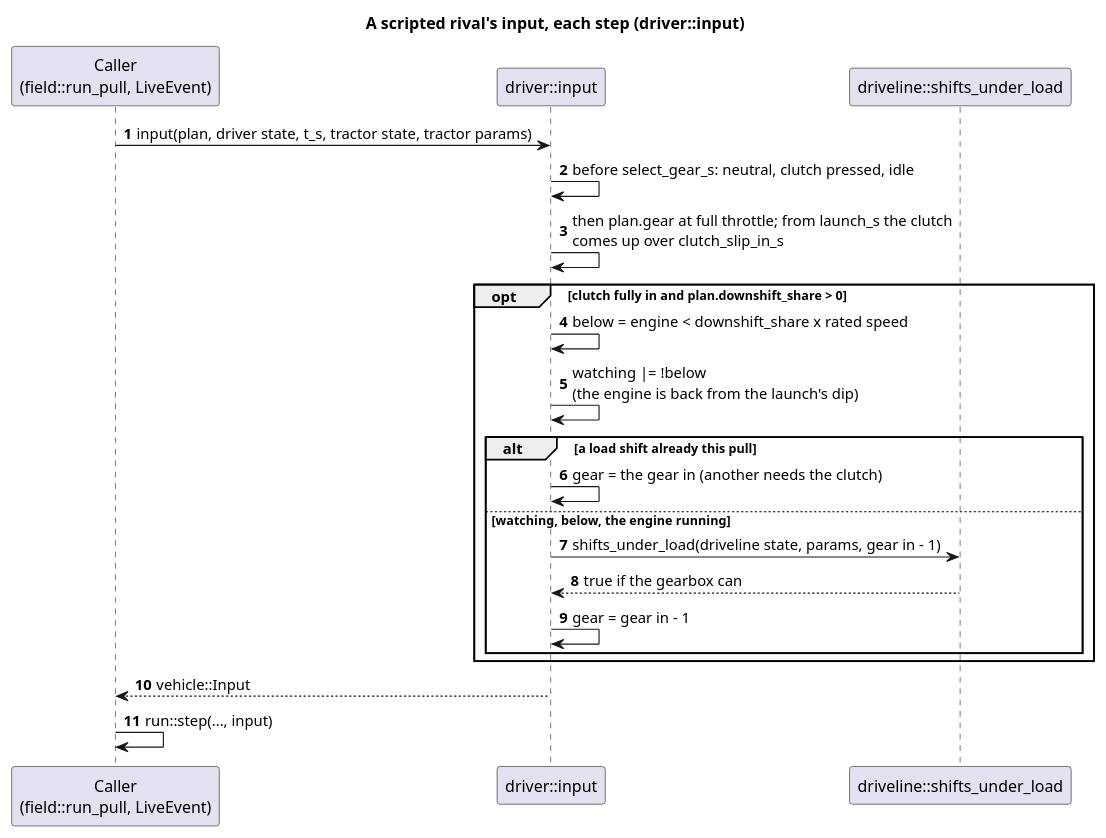
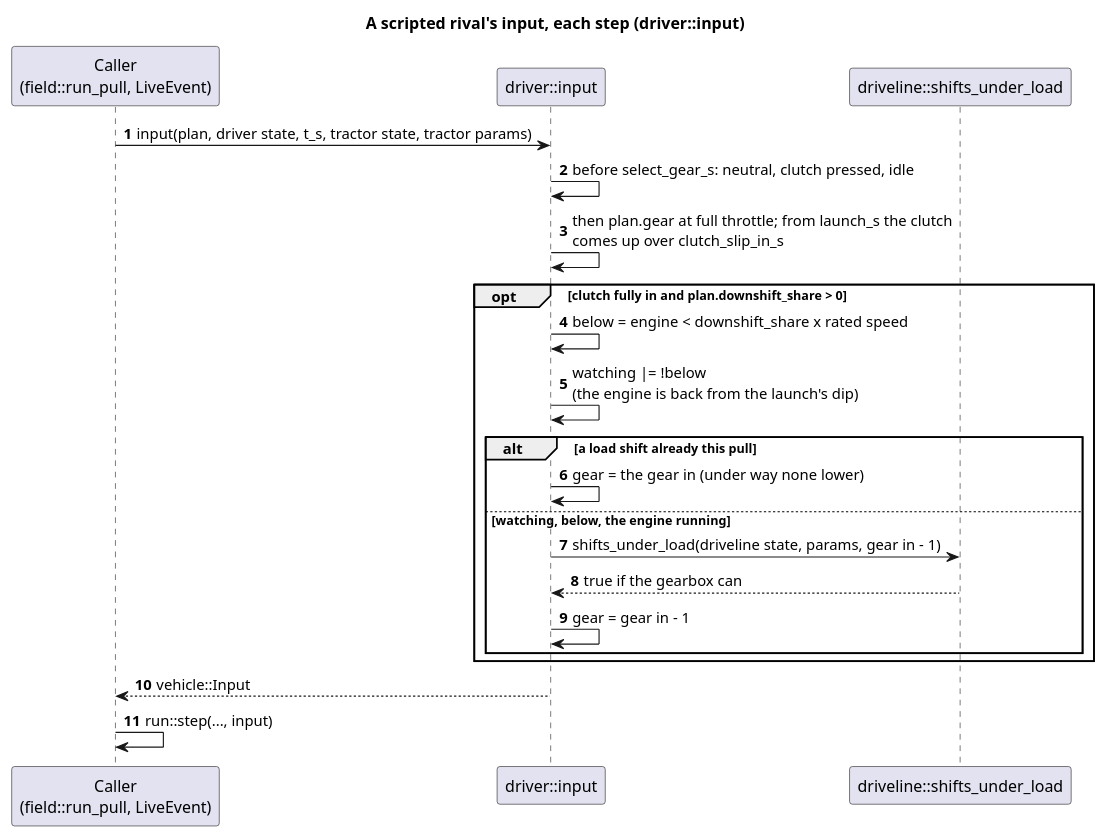
One commit to wversteeg/TractorPulling changed the diagram in docs/diagrams/driver_input_sequence.puml. Above: the diagram before and after it, drawn with PlantUML. The commit also changed 13 other files, not shown here.

```diff
--- a/docs/diagrams/driver_input_sequence.puml
+++ b/docs/diagrams/driver_input_sequence.puml
@@ -1,24 +1,24 @@
 @startuml driver_input_sequence
 title A scripted rival's input, each step (driver::input)
 autonumber
 participant "Caller\n(field::run_pull, LiveEvent)" as Caller
 participant "driver::input" as Driver
 participant "driveline::shifts_under_load" as Load
 
 Caller -> Driver : input(plan, driver state, t_s, tractor state, tractor params)
 Driver -> Driver : before select_gear_s: neutral, clutch pressed, idle
 Driver -> Driver : then plan.gear at full throttle; from launch_s the clutch\ncomes up over clutch_slip_in_s
 opt clutch fully in and plan.downshift_share > 0
   Driver -> Driver : below = engine < downshift_share x rated speed
   Driver -> Driver : watching |= !below\n(the engine is back from the launch's dip)
   alt a load shift already this pull
-    Driver -> Driver : gear = the gear in (another needs the clutch)
+    Driver -> Driver : gear = the gear in (under way none lower)
   else watching, below, the engine running
     Driver -> Load : shifts_under_load(driveline state, params, gear in - 1)
     Load --> Driver : true if the gearbox can
     Driver -> Driver : gear = gear in - 1
   end
 end
 Driver --> Caller : vehicle::Input
 Caller -> Caller : run::step(..., input)
 @enduml
```
